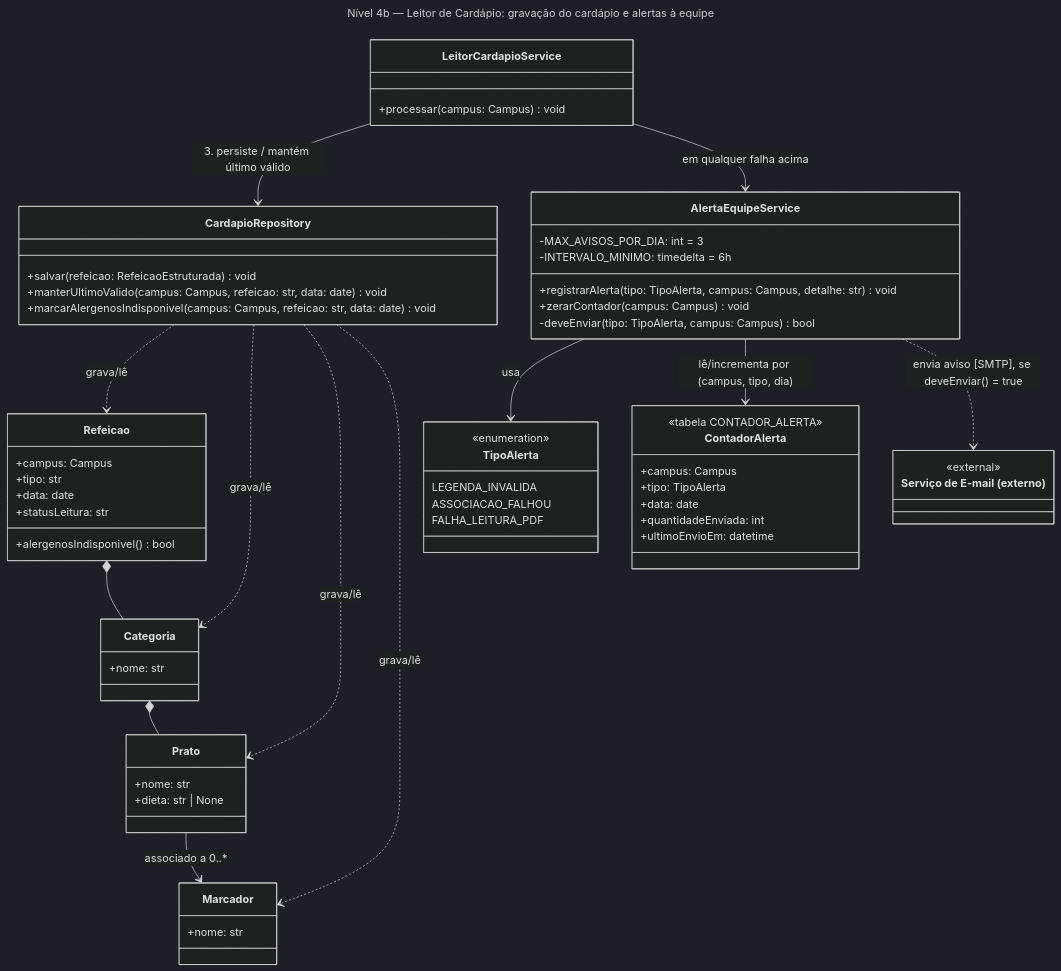
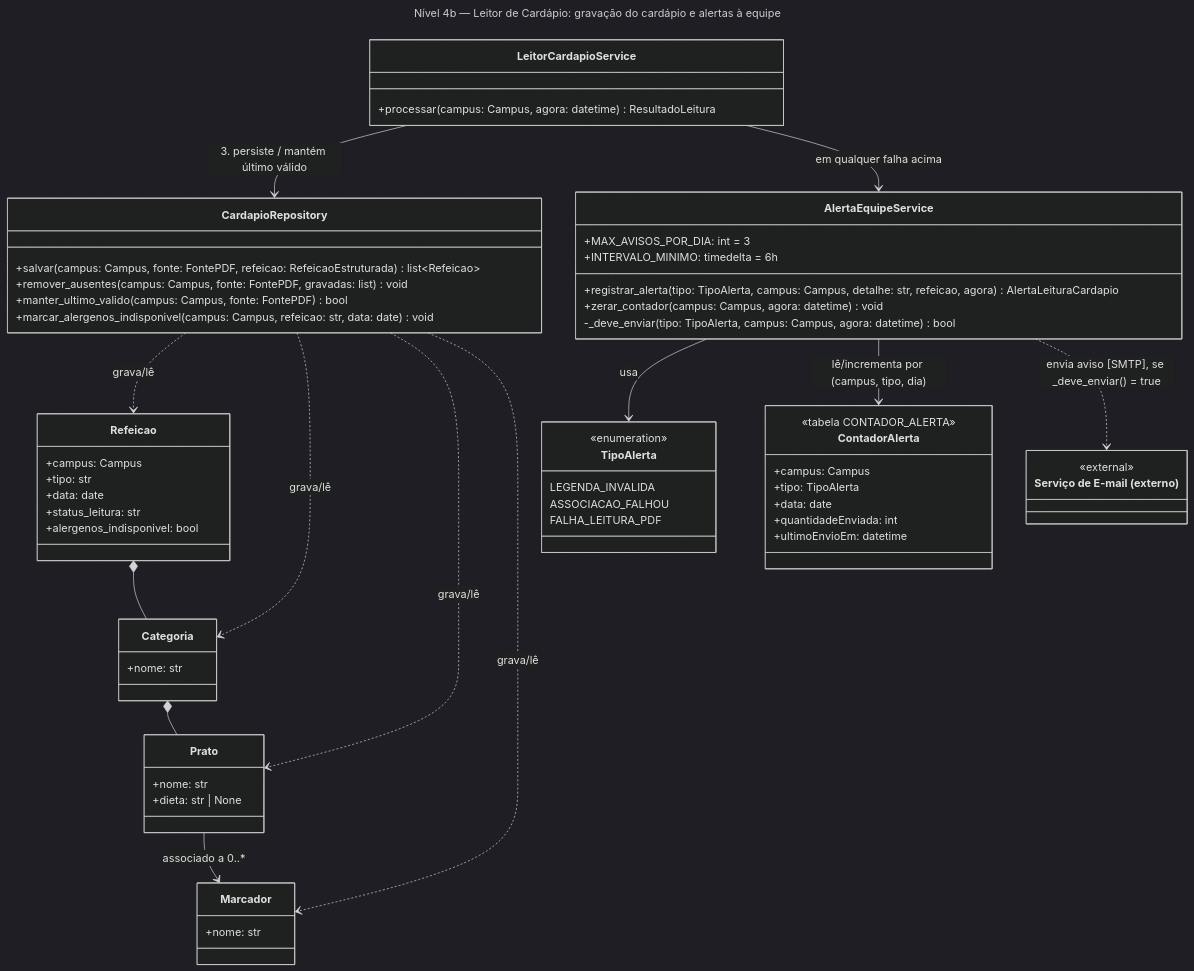
The second of 3 diagrams in docs/arquitetura/backend/c4-nivel-4-leitor-cardapio.md (unb-mds/2026-2-Bandejao-UnB), drawn with Mermaid (dark theme) before and after one commit. The commit also changed other lines of this file and 5 other files, not shown here.

````diff
--- a/docs/arquitetura/backend/c4-nivel-4-leitor-cardapio.md
+++ b/docs/arquitetura/backend/c4-nivel-4-leitor-cardapio.md
@@ -163,68 +182,69 @@
 ```mermaid
 ---
 title: "Nível 4b — Leitor de Cardápio: gravação do cardápio e alertas à equipe"
 ---
 classDiagram
   class LeitorCardapioService {
-    +processar(campus: Campus) void
+    +processar(campus: Campus, agora: datetime) ResultadoLeitura
   }
   class CardapioRepository {
-    +salvar(refeicao: RefeicaoEstruturada) void
-    +manterUltimoValido(campus: Campus, refeicao: str, data: date) void
-    +marcarAlergenosIndisponivel(campus: Campus, refeicao: str, data: date) void
+    +salvar(campus: Campus, fonte: FontePDF, refeicao: RefeicaoEstruturada) list~Refeicao~
+    +remover_ausentes(campus: Campus, fonte: FontePDF, gravadas: list) void
+    +manter_ultimo_valido(campus: Campus, fonte: FontePDF) bool
+    +marcar_alergenos_indisponivel(campus: Campus, refeicao: str, data: date) void
   }
   class Refeicao {
     +campus: Campus
     +tipo: str
     +data: date
-    +statusLeitura: str
-    +alergenosIndisponivel() bool
+    +status_leitura: str
+    +alergenos_indisponivel: bool
   }
   class Categoria {
     +nome: str
   }
   class Prato {
     +nome: str
     +dieta: str | None
   }
   class Marcador {
     +nome: str
   }
   class AlertaEquipeService {
-    +registrarAlerta(tipo: TipoAlerta, campus: Campus, detalhe: str) void
-    +zerarContador(campus: Campus) void
-    -deveEnviar(tipo: TipoAlerta, campus: Campus) bool
-    -MAX_AVISOS_POR_DIA: int = 3
-    -INTERVALO_MINIMO: timedelta = 6h
+    +registrar_alerta(tipo: TipoAlerta, campus: Campus, detalhe: str, refeicao, agora) AlertaLeituraCardapio
+    +zerar_contador(campus: Campus, agora: datetime) void
+    -_deve_enviar(tipo: TipoAlerta, campus: Campus, agora: datetime) bool
+    +MAX_AVISOS_POR_DIA: int = 3
+    +INTERVALO_MINIMO: timedelta = 6h
   }
   class TipoAlerta {
     <<enumeration>>
     LEGENDA_INVALIDA
     ASSOCIACAO_FALHOU
     FALHA_LEITURA_PDF
   }
   class ContadorAlerta {
     <<tabela CONTADOR_ALERTA>>
     +campus: Campus
     +tipo: TipoAlerta
     +data: date
     +quantidadeEnviada: int
     +ultimoEnvioEm: datetime
   }
   class EmailSvc["Serviço de E-mail (externo)"] {
     <<external>>
   }
 
   LeitorCardapioService --> CardapioRepository : 3. persiste / mantém último válido
   LeitorCardapioService --> AlertaEquipeService : em qualquer falha acima
   AlertaEquipeService --> TipoAlerta : usa
   AlertaEquipeService --> ContadorAlerta : lê/incrementa por (campus, tipo, dia)
-  AlertaEquipeService ..> EmailSvc : envia aviso [SMTP], se deveEnviar() = true
+  AlertaEquipeService ..> EmailSvc : envia aviso [SMTP], se _deve_enviar() = true
   CardapioRepository ..> Refeicao : grava/lê
   CardapioRepository ..> Categoria : grava/lê
   CardapioRepository ..> Prato : grava/lê
   CardapioRepository ..> Marcador : grava/lê
   Refeicao *-- Categoria
   Categoria *-- Prato
   Prato --> Marcador : associado a 0..*
 ```
````
